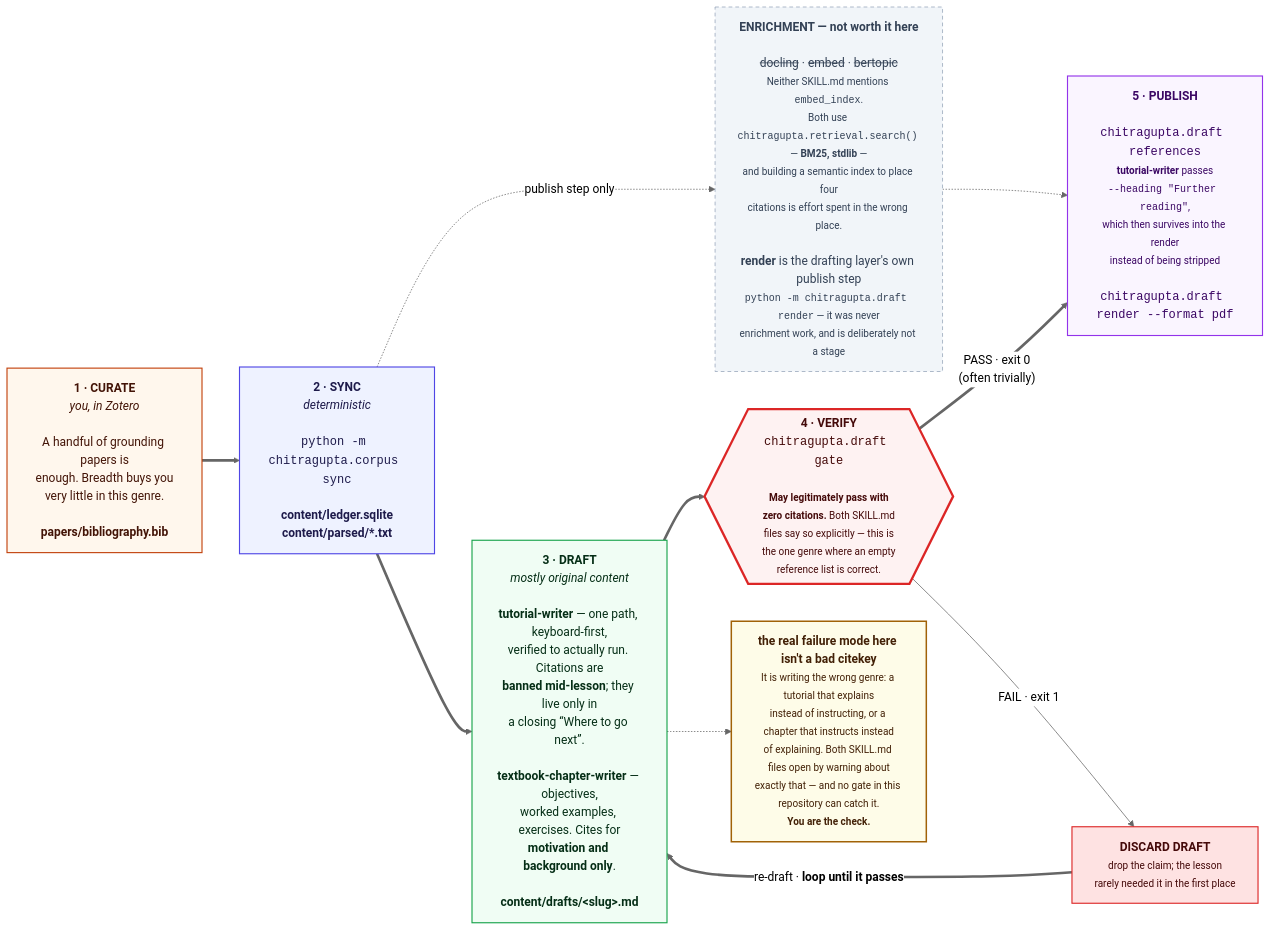
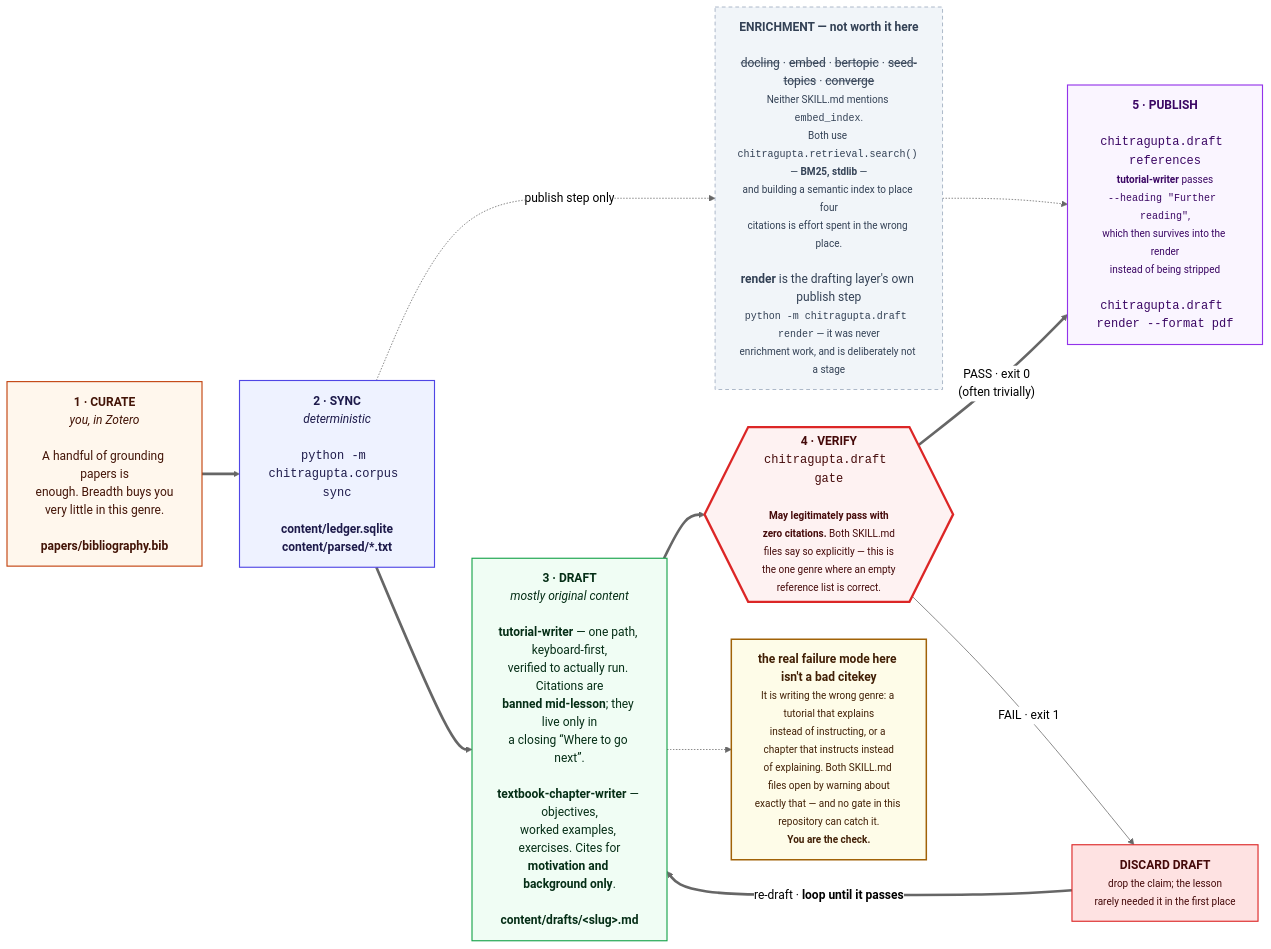
The eighth of 11 diagrams in docs/DIAGRAMS.md (prasadtalasila/chitragupta), drawn with Mermaid (neutral theme) before and after one commit. The commit also changed other lines of this file and 36 other files, not shown here.

````diff
--- a/docs/DIAGRAMS.md
+++ b/docs/DIAGRAMS.md
@@ -744,45 +751,45 @@
 ```mermaid
 flowchart LR
 
   P0["<b>1 · CURATE</b><br/><i>you, in Zotero</i><br/><br/>A handful of grounding papers is<br/>enough. Breadth buys you<br/>very little in this genre.<br/><br/><b>papers/bibliography.bib</b>"]
 
   P1["<b>2 · SYNC</b><br/><i>deterministic</i><br/><br/><code>python -m chitragupta.corpus sync</code><br/><br/><b>content/ledger.sqlite</b><br/><b>content/parsed/*.txt</b>"]
 
-  HEAVY["<b>ENRICHMENT — not worth it here</b><br/><br/><s>docling</s> · <s>embed</s> · <s>bertopic</s><br/><small>Neither SKILL.md mentions <code>embed_index</code>.<br/>Both use <code>chitragupta.retrieval.search()</code> — <b>BM25, stdlib</b> —<br/>and building a semantic index to place four<br/>citations is effort spent in the wrong place.</small><br/><br/><b>render</b> is the drafting layer's own publish step<br/><small><code>python -m chitragupta.draft render</code> — it was never<br/>enrichment work, and is deliberately not a stage</small>"]
+  HEAVY["<b>ENRICHMENT — not worth it here</b><br/><br/><s>docling</s> · <s>embed</s> · <s>bertopic</s> · <s>seed-topics</s> · <s>converge</s><br/><small>Neither SKILL.md mentions <code>embed_index</code>.<br/>Both use <code>chitragupta.retrieval.search()</code> — <b>BM25, stdlib</b> —<br/>and building a semantic index to place four<br/>citations is effort spent in the wrong place.</small><br/><br/><b>render</b> is the drafting layer's own publish step<br/><small><code>python -m chitragupta.draft render</code> — it was never<br/>enrichment work, and is deliberately not a stage</small>"]
 
   P2["<b>3 · DRAFT</b><br/><i>mostly original content</i><br/><br/><b>tutorial-writer</b> — one path, keyboard-first,<br/>verified to actually run. Citations are<br/><b>banned mid-lesson</b>; they live only in<br/>a closing “Where to go next”.<br/><br/><b>textbook-chapter-writer</b> — objectives,<br/>worked examples, exercises. Cites for<br/><b>motivation and background only</b>.<br/><br/><b>content/drafts/&lt;slug&gt;.md</b>"]
 
   P3{{"<b>4 · VERIFY</b><br/><code>chitragupta.draft gate</code><br/><br/><small><b>May legitimately pass with<br/>zero citations.</b> Both SKILL.md<br/>files say so explicitly — this is<br/>the one genre where an empty<br/>reference list is correct.</small>"}}
 
   FIX["<b>DISCARD DRAFT</b><br/><small>drop the claim; the lesson<br/>rarely needed it in the first place</small>"]
 
   P4["<b>5 · PUBLISH</b><br/><br/><code>chitragupta.draft references</code><br/><small><b>tutorial-writer</b> passes<br/><code>--heading &quot;Further reading&quot;</code>,<br/>which then survives into the render<br/>instead of being stripped</small><br/><br/><code>chitragupta.draft render --format pdf</code>"]
 
   RISK["<b>the real failure mode here isn't a bad citekey</b><br/><small>It is writing the wrong genre: a tutorial that explains<br/>instead of instructing, or a chapter that instructs instead<br/>of explaining. Both SKILL.md files open by warning about<br/>exactly that — and no gate in this repository can catch it.<br/><b>You are the check.</b></small>"]
 
   P0 ==> P1 ==> P2 ==> P3
   P1 -. "publish step only" .-> HEAVY
   HEAVY -.-> P4
   P3 == "PASS · exit 0<br/>(often trivially)" ==> P4
   P3 -- "FAIL · exit 1" --> FIX
   FIX == "re-draft · <b>loop until it passes</b>" ==> P2
   P2 -.-> RISK
 
   classDef you fill:#fff7ed,stroke:#c2410c,stroke-width:1.5px,color:#431407
   classDef det fill:#eef2ff,stroke:#4f46e5,stroke-width:1.5px,color:#1e1b4b
   classDef gen fill:#f0fdf4,stroke:#16a34a,stroke-width:1.5px,color:#052e16
   classDef gate fill:#fef2f2,stroke:#dc2626,stroke-width:3px,color:#450a0a
   classDef out fill:#faf5ff,stroke:#9333ea,stroke-width:1.5px,color:#3b0764
   classDef bad fill:#fee2e2,stroke:#dc2626,stroke-width:1.5px,color:#450a0a
   classDef off fill:#f1f5f9,stroke:#94a3b8,stroke-dasharray:5 4,color:#334155
   classDef risk fill:#fefce8,stroke:#a16207,stroke-width:2px,color:#422006
 
   class P0 you
   class P1 det
   class P2 gen
   class P3 gate
   class P4 out
   class FIX bad
   class HEAVY off
   class RISK risk
 ```
````
